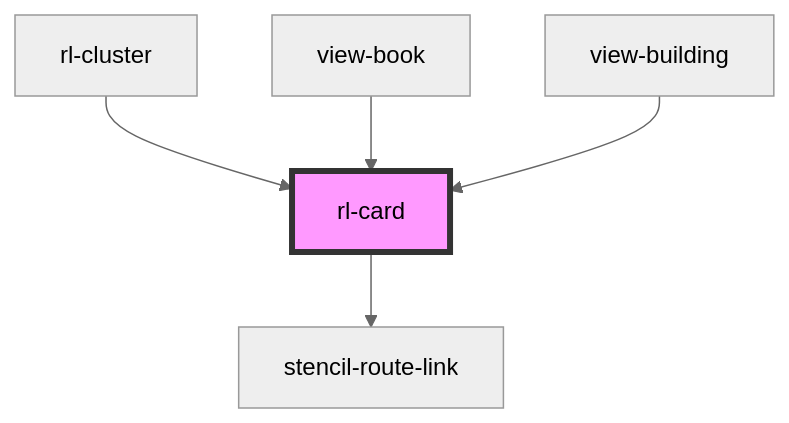
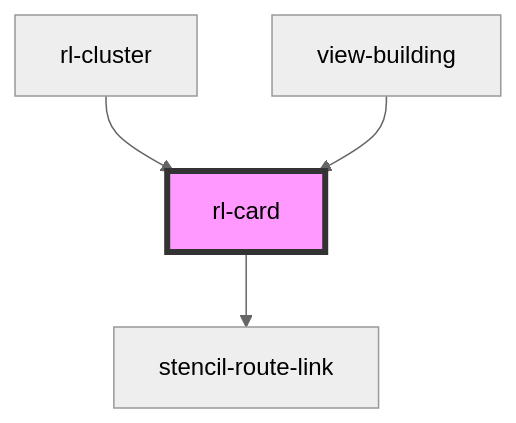
Before and after one commit to torontomulibrary/building-info-system: the diagram in src/components/card/readme.md, drawn with Mermaid (neutral theme). The commit also changed other lines of this file and 5 other files, not shown here.

````diff
--- a/src/components/card/readme.md
+++ b/src/components/card/readme.md
@@ -46,8 +45,7 @@
 ```mermaid
 graph TD;
   rl-card --> stencil-route-link
   rl-cluster --> rl-card
-  view-book --> rl-card
   view-building --> rl-card
   style rl-card fill:#f9f,stroke:#333,stroke-width:4px
 ```
````
